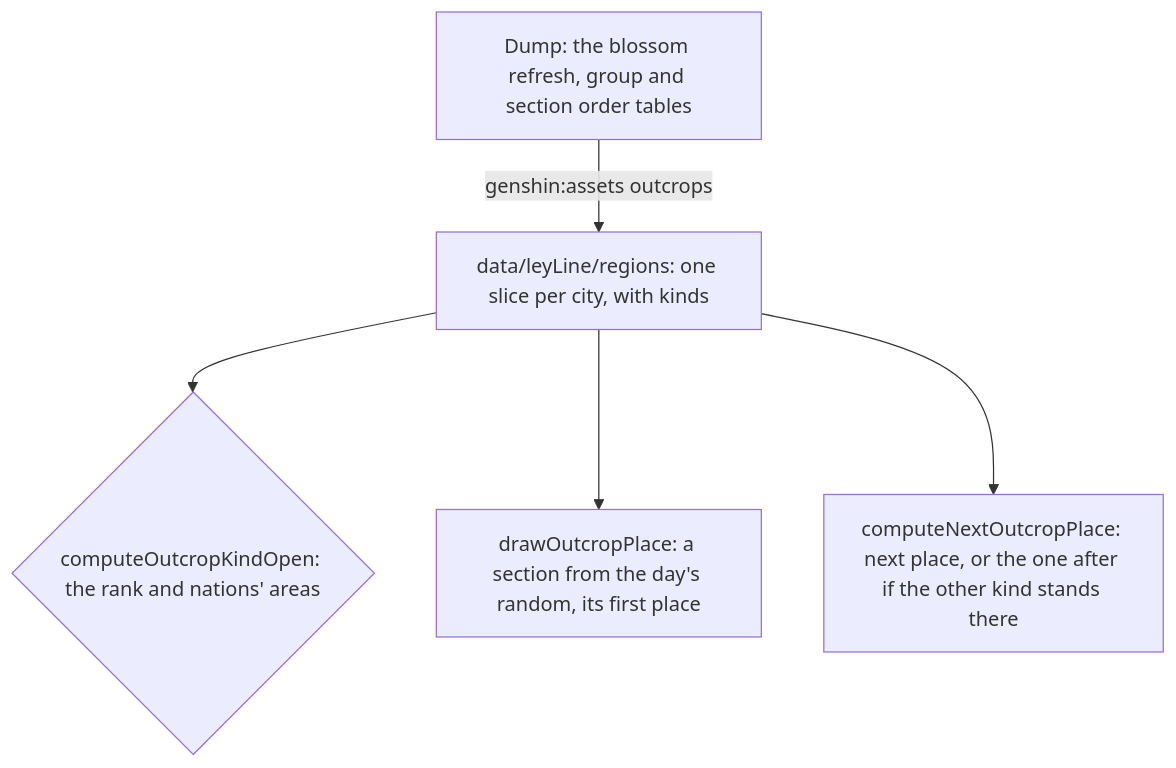
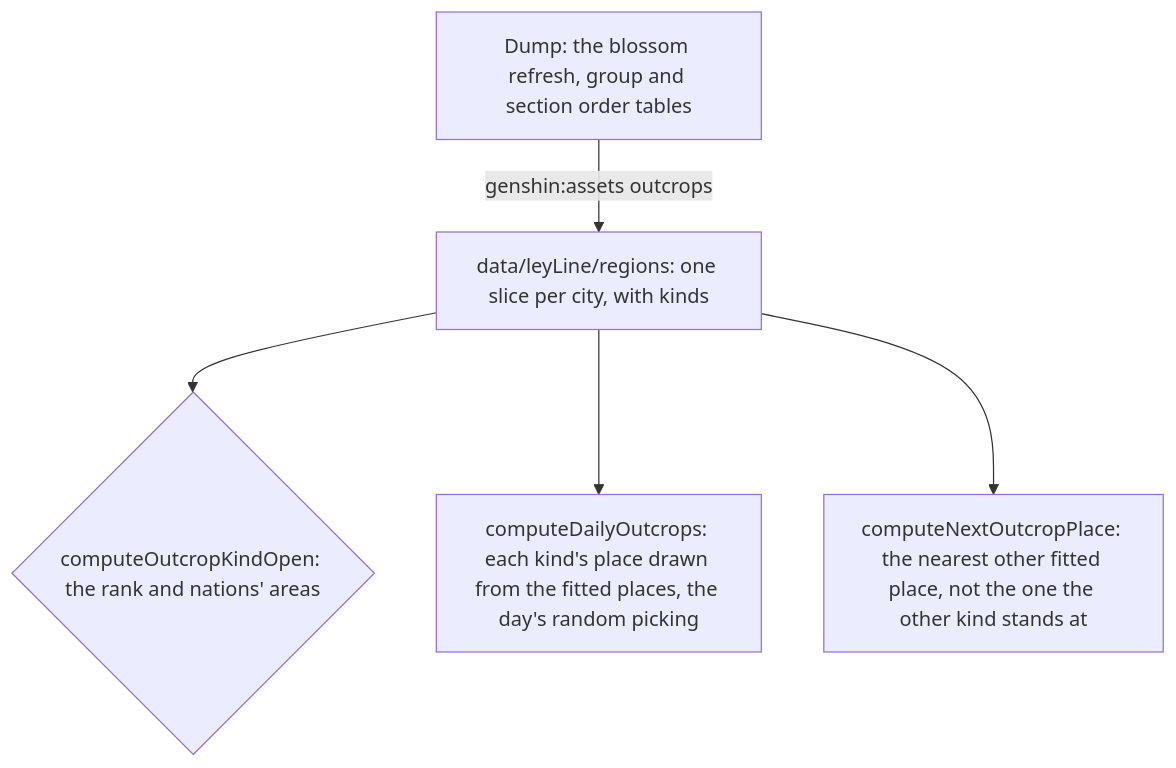
The diagram in openspec/specs/genshin/ley-line-outcrops/design.md (Esposter/Esposter), drawn with Mermaid before and after one commit. The commit also changed other lines of this file and 10 other files, not shown here.

First line of the commit message:
feat(genshin-world): the outcrops stand at the fitted map points, the daily reset draws among them, and a claim moves to the nearest other place

````diff
--- a/openspec/specs/genshin/ley-line-outcrops/design.md
+++ b/openspec/specs/genshin/ley-line-outcrops/design.md
@@ -7,7 +7,7 @@
 ```mermaid
 flowchart TD
   D["Dump: the blossom refresh, group and section order tables"] -->|"genshin:assets outcrops"| R["data/leyLine/regions: one slice per city, with kinds"]
   R --> O{"computeOutcropKindOpen: the rank and nations' areas"}
-  R --> S["drawOutcropPlace: a section from the day's random, its first place"]
-  R --> N["computeNextOutcropPlace: next place, or the one after if the other kind stands there"]
+  R --> S["computeDailyOutcrops: each kind's place drawn from the fitted places, the day's random picking"]
+  R --> N["computeNextOutcropPlace: the nearest other fitted place, not the one the other kind stands at"]
 ```
````
